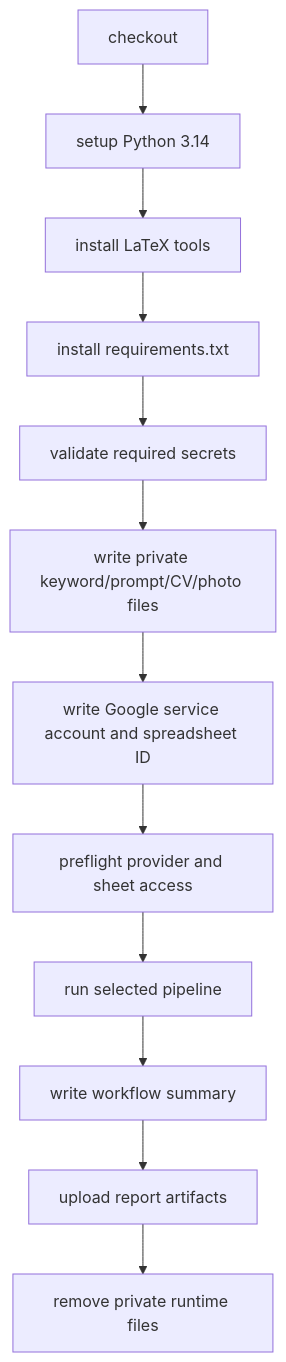
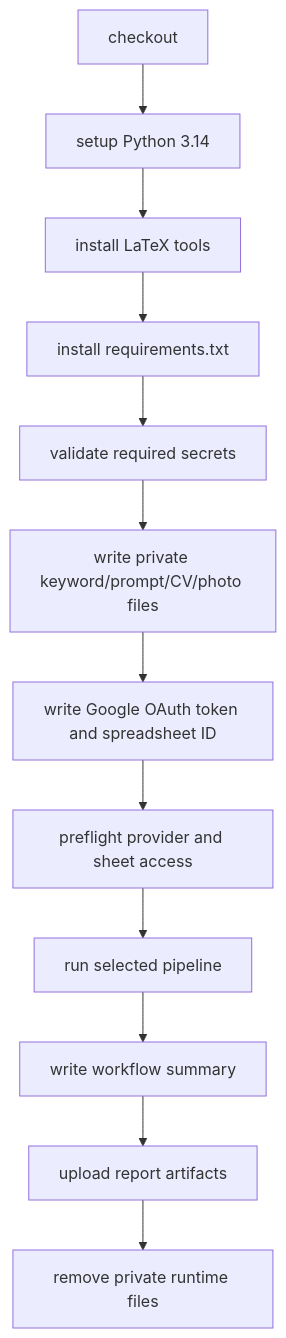
Before and after one commit to AmirDonyadide/JobFinder: the diagram in .github/workflows/README.md, drawn with Mermaid. The commit also changed other lines of this file and 24 other files, not shown here.

First line of the commit message:
Migrate Google integration to OAuth token

````diff
--- a/.github/workflows/README.md
+++ b/.github/workflows/README.md
@@ -51,14 +51,14 @@
 ```mermaid
 flowchart TD
     A["checkout"] --> B["setup Python 3.14"]
     B --> C["install LaTeX tools"]
     C --> D["install requirements.txt"]
     D --> E["validate required secrets"]
     E --> F["write private keyword/prompt/CV/photo files"]
-    F --> G["write Google service account and spreadsheet ID"]
+    F --> G["write Google OAuth token and spreadsheet ID"]
     G --> H["preflight provider and sheet access"]
     H --> I["run selected pipeline"]
     I --> J["write workflow summary"]
     J --> K["upload report artifacts"]
     K --> L["remove private runtime files"]
 ```
````
